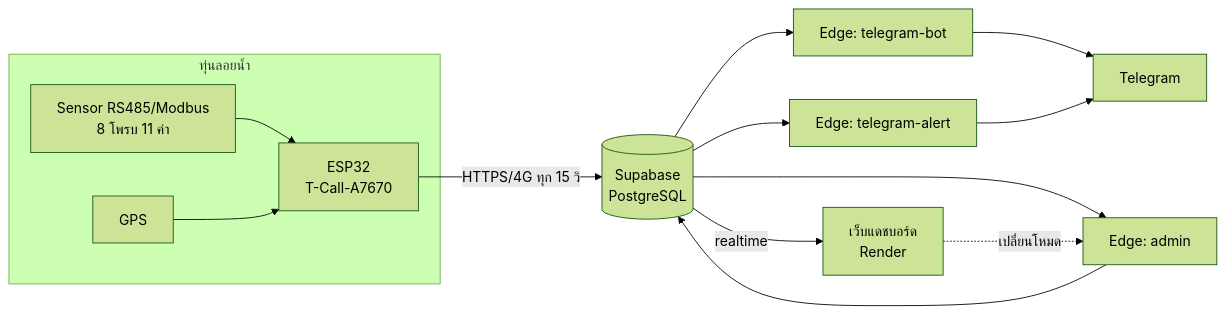
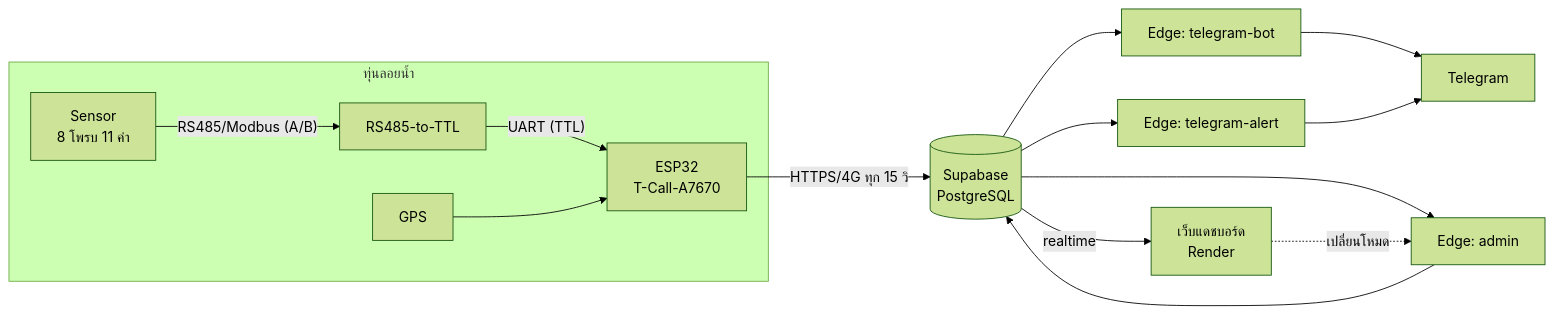
One commit to MERMAX04/Real-time-Marine-Water-Quality-Monitoring-Buoy-System changed the first of 9 diagrams in 5-extensions/07-thesis-chapters.md. Above: the diagram before and after it, drawn with Mermaid (forest theme). The commit also changed other lines of this file, not shown here.

First line of the commit message:
Docs: add RS485-TTL to architecture, DB logical relations, wiring diagram

````diff
--- a/5-extensions/07-thesis-chapters.md
+++ b/5-extensions/07-thesis-chapters.md
@@ -15,16 +15,17 @@
 ```mermaid
 flowchart LR
   subgraph Buoy["ทุ่นลอยน้ำ"]
-    S[Sensor RS485/Modbus<br/>8 โพรบ 11 ค่า] --> E[ESP32<br/>T-Call-A7670]
+    S[Sensor<br/>8 โพรบ 11 ค่า] -- "RS485/Modbus (A/B)" --> R[RS485-to-TTL]
+    R -- "UART (TTL)" --> E[ESP32<br/>T-Call-A7670]
     G[GPS] --> E
   end
   E -- "HTTPS/4G ทุก 15 วิ" --> DB[(Supabase<br/>PostgreSQL)]
   DB --> F1[Edge: telegram-bot]
   DB --> F2[Edge: telegram-alert]
   DB --> F3[Edge: admin]
   DB -- realtime --> W[เว็บแดชบอร์ด<br/>Render]
   F1 --> TG[Telegram]
   F2 --> TG
   W -.เปลี่ยนโหมด.-> F3
   F3 --> DB
 ```
````
